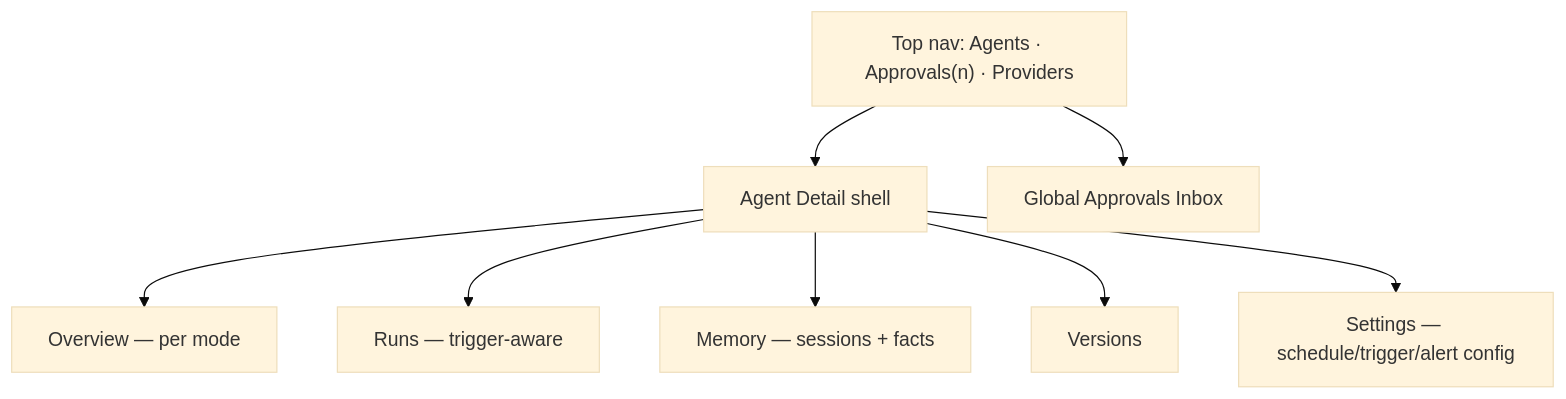
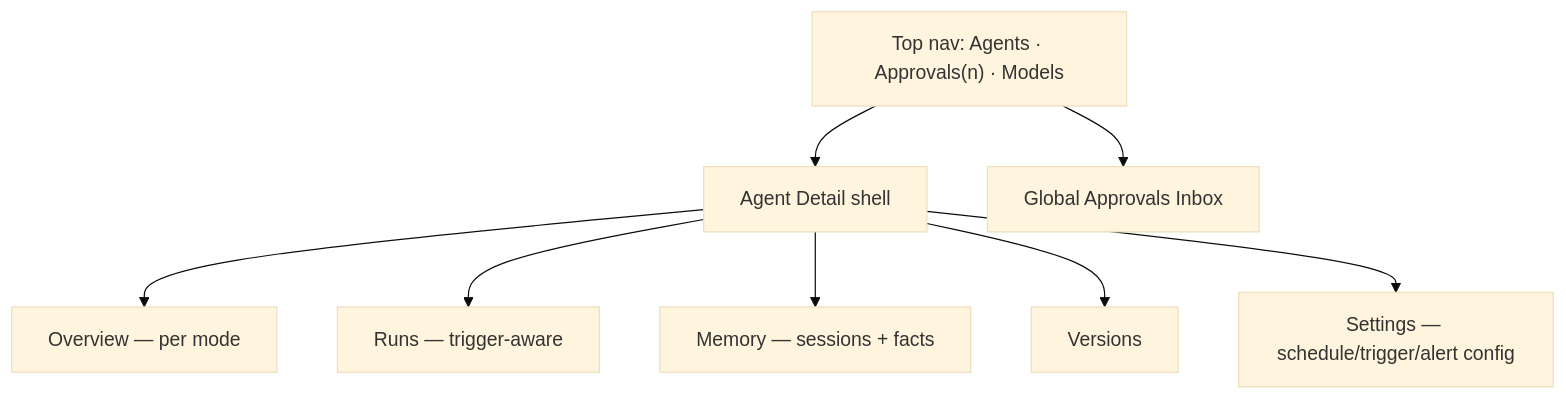
One commit to kkalvagadda-kk/agent-shield changed the second of 9 diagrams in docs/design/execution-modes-production.md. Above: the diagram before and after it, drawn with Mermaid (base theme). The commit also changed 7 other files, not shown here.

````diff
--- a/docs/design/execution-modes-production.md
+++ b/docs/design/execution-modes-production.md
@@ -73,10 +73,10 @@
 ```mermaid
 flowchart TD
-    NAV["Top nav: Agents · Approvals(n) · Providers"] --> AD[Agent Detail shell]
+    NAV["Top nav: Agents · Approvals(n) · Models"] --> AD[Agent Detail shell]
     AD --> OV[Overview — per mode]
     AD --> RUNS[Runs — trigger-aware]
     AD --> MEM[Memory — sessions + facts]
     AD --> VER[Versions]
     AD --> SET[Settings — schedule/trigger/alert config]
     NAV --> INBOX[Global Approvals Inbox]
 ```
````
